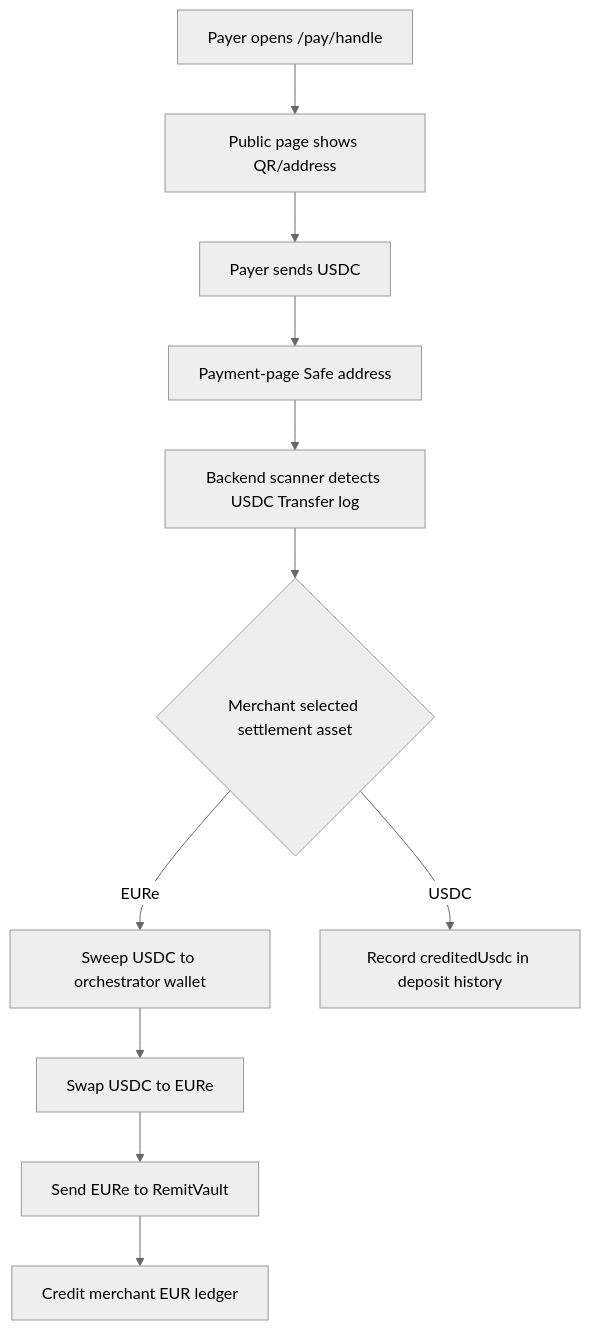
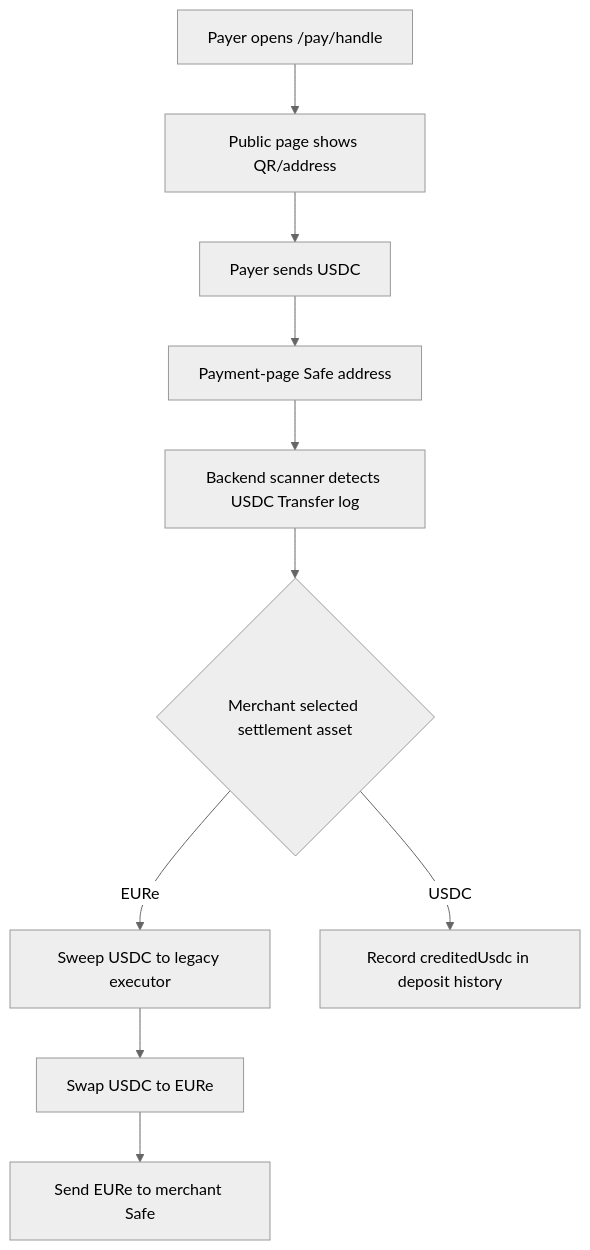
The first of 2 diagrams in docs/payment-page-architecture-map.md (Zoldenburg-me/Zold-app), drawn with Mermaid (neutral theme) before and after one commit. The commit also changed other lines of this file and 33 other files, not shown here.

Commit message:
Remove RemitVault ledger path

````diff
--- a/docs/payment-page-architecture-map.md
+++ b/docs/payment-page-architecture-map.md
@@ -32,13 +32,12 @@
 ```mermaid
 flowchart TD
   A[Payer opens /pay/handle] --> B[Public page shows QR/address]
   B --> C[Payer sends USDC]
   C --> D[Payment-page Safe address]
   D --> E[Backend scanner detects USDC Transfer log]
   E --> F{Merchant selected settlement asset}
-  F -->|EURe| G[Sweep USDC to orchestrator wallet]
+  F -->|EURe| G[Sweep USDC to legacy executor]
   G --> H[Swap USDC to EURe]
-  H --> I[Send EURe to RemitVault]
-  I --> J[Credit merchant EUR ledger]
+  H --> I[Send EURe to merchant Safe]
   F -->|USDC| K[Record creditedUsdc in deposit history]
 ```
````
